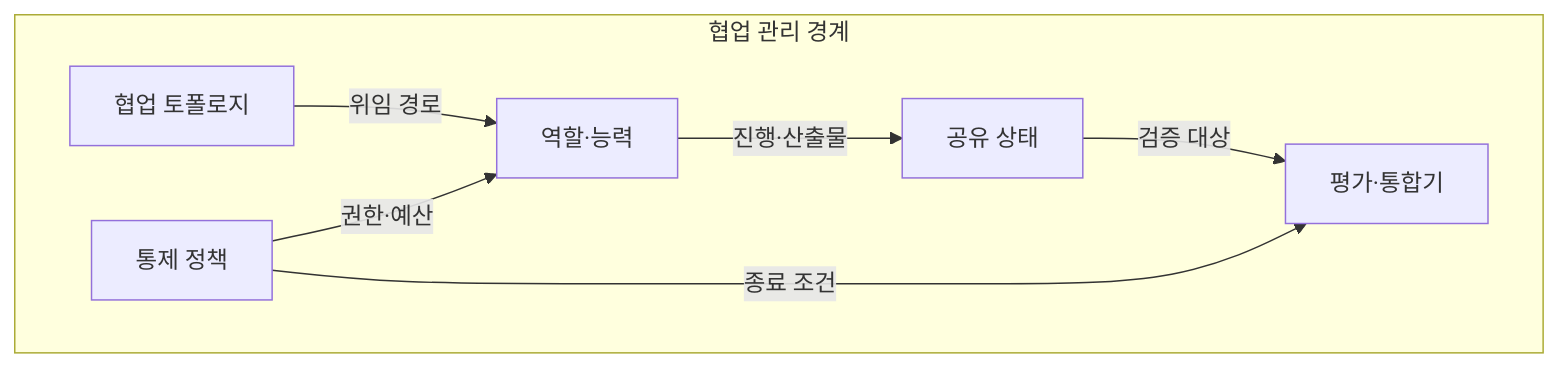
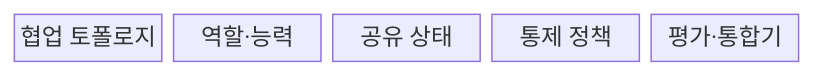
Before and after one commit to agnusdei1207/knowledge-base: the first of 2 diagrams in src/content/docs/notes/08-latest-tech/013_multi_agent_collaboration.md, drawn with Mermaid. The commit also changed other lines of this file and 16 other files, not shown here.

Commit message:
Add SVM chart comparisons and continue latest technology rewrite

````diff
--- a/src/content/docs/notes/08-latest-tech/013_multi_agent_collaboration.md
+++ b/src/content/docs/notes/08-latest-tech/013_multi_agent_collaboration.md
@@ -52,13 +52,9 @@
 ```mermaid
-flowchart TB
-    subgraph M[협업 관리 경계]
-        T[협업 토폴로지]
-        S[공유 상태]
-        P[통제 정책]
-        T -->|위임 경로| R[역할·능력]
-        R -->|진행·산출물| S
-        S -->|검증 대상| E[평가·통합기]
-        P -->|권한·예산| R
-        P -->|종료 조건| E
-    end
+block-beta
+    columns 5
+    T["협업 토폴로지"]
+    R["역할·능력"]
+    S["공유 상태"]
+    P["통제 정책"]
+    E["평가·통합기"]
 ```
````
